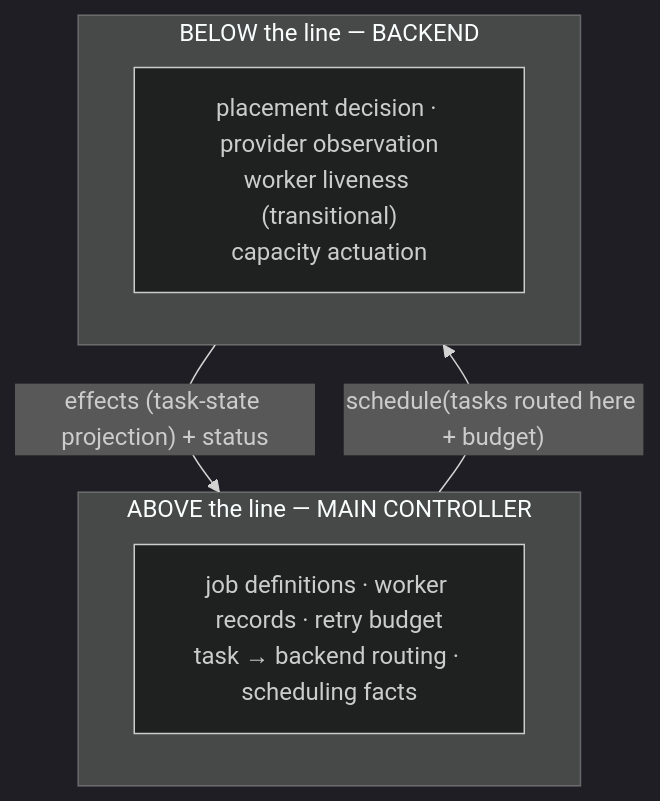
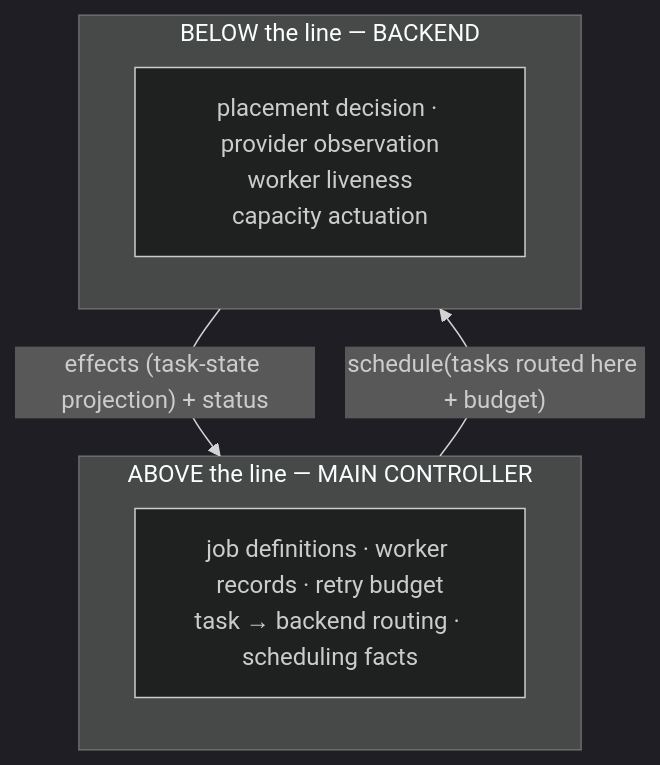
Before and after one commit to marin-community/marin: the first of 3 diagrams in lib/iris/docs/multi_backend.md, drawn with Mermaid (dark theme). The commit also changed other lines of this file and 18 other files, not shown here.

````diff
--- a/lib/iris/docs/multi_backend.md
+++ b/lib/iris/docs/multi_backend.md
@@ -17,11 +17,11 @@
 ```mermaid
 flowchart TB
     subgraph Above["ABOVE the line — MAIN CONTROLLER"]
         a["job definitions · worker records · retry budget<br/>task → backend routing · scheduling facts"]
     end
     Above -- "schedule(tasks routed here + budget)" --> Below
     Below -- "effects (task-state projection) + status" --> Above
     subgraph Below["BELOW the line — BACKEND"]
-        b["placement decision · provider observation<br/>worker liveness (transitional)<br/>capacity actuation"]
+        b["placement decision · provider observation<br/>worker liveness<br/>capacity actuation"]
     end
 ```
````
